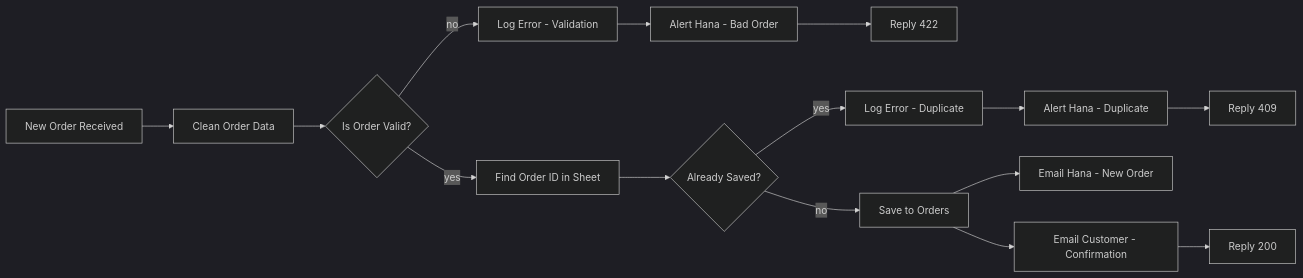
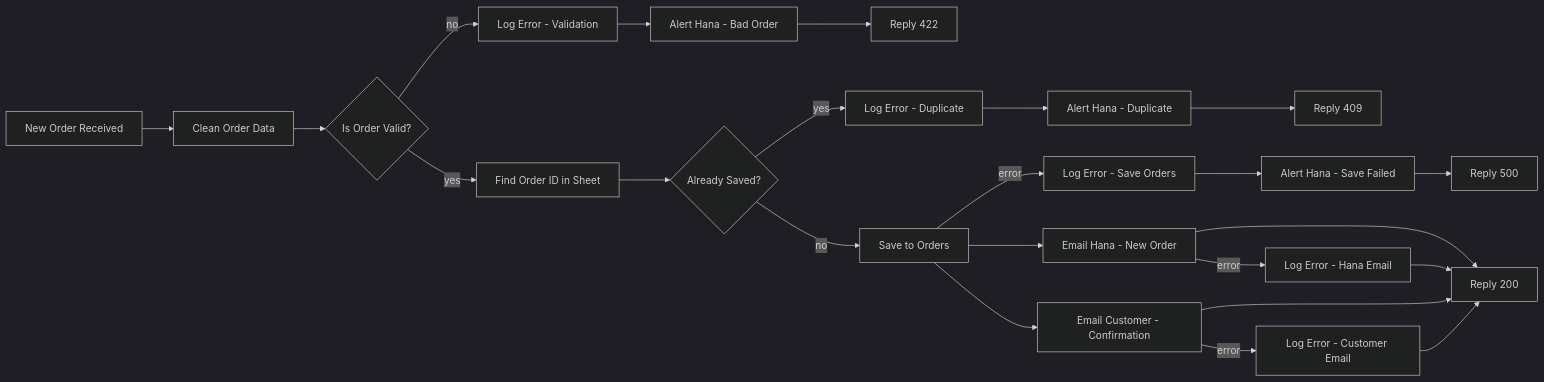
Before and after one commit to AnassSaleh/kk-new-order-processing: the diagram in README.md, drawn with Mermaid (dark theme). The commit also changed other lines of this file, not shown here.

````diff
--- a/README.md
+++ b/README.md
@@ -24,12 +24,17 @@
 ```mermaid
 flowchart LR
     A[New Order Received] --> B[Clean Order Data]
     B --> C{Is Order Valid?}
     C -- no --> E1[Log Error - Validation] --> M1[Alert Hana - Bad Order] --> R422[Reply 422]
     C -- yes --> D[Find Order ID in Sheet]
     D --> F{Already Saved?}
     F -- yes --> E2[Log Error - Duplicate] --> M2[Alert Hana - Duplicate] --> R409[Reply 409]
     F -- no --> S[Save to Orders]
+    S -- error --> E3[Log Error - Save Orders] --> M3[Alert Hana - Save Failed] --> R500[Reply 500]
     S --> H[Email Hana - New Order]
-    S --> CU[Email Customer - Confirmation] --> R200[Reply 200]
+    S --> CU[Email Customer - Confirmation]
+    H --> R200[Reply 200]
+    CU --> R200
+    H -- error --> E4[Log Error - Hana Email] --> R200
+    CU -- error --> E5[Log Error - Customer Email] --> R200
 ```
````
